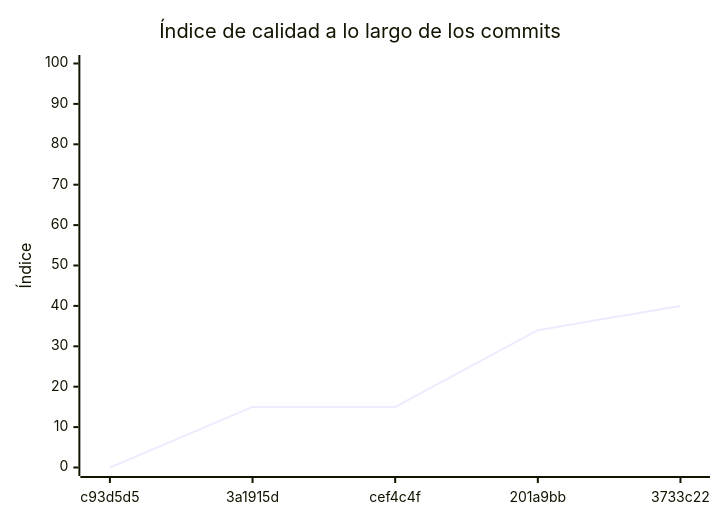
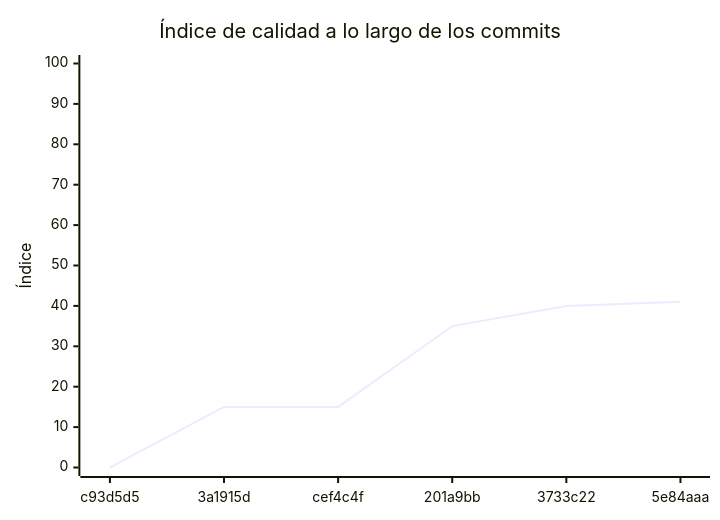
Before and after one commit to prog2-perassiferrara/backend-turnos: the diagram in docs/EVALUACION.md, drawn with Mermaid. The commit also changed other lines of this file and 1 other file, not shown here.

````diff
--- a/docs/EVALUACION.md
+++ b/docs/EVALUACION.md
@@ -133,7 +182,7 @@
 ```mermaid
 xychart-beta
     title "Índice de calidad a lo largo de los commits"
-    x-axis ["c93d5d5", "3a1915d", "cef4c4f", "201a9bb", "3733c22"]
+    x-axis ["c93d5d5", "3a1915d", "cef4c4f", "201a9bb", "3733c22", "5e84aaa"]
     y-axis "Índice" 0 --> 100
-    line [0, 15, 15, 34, 40]
+    line [0, 15, 15, 35, 40, 41]
 ```
````
